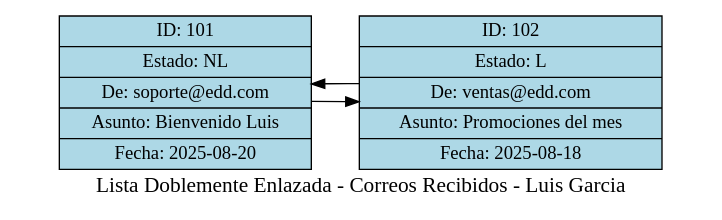
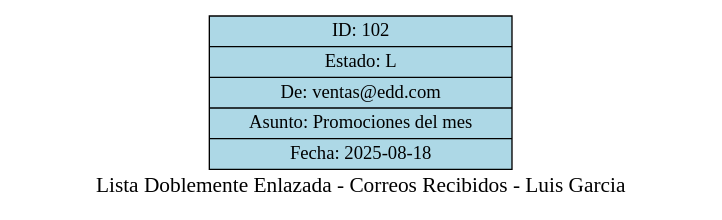
One commit to JoseArt777/-EDD-1S2025_202100305 changed the diagram in Fase1/src/lgarcia-Reportes/correos_recibidos_lgarcia.dot. Above: the diagram before and after it, drawn with Graphviz. The commit also changed 17 other files, not shown here.

```diff
--- a/Fase1/src/lgarcia-Reportes/correos_recibidos_lgarcia.dot
+++ b/Fase1/src/lgarcia-Reportes/correos_recibidos_lgarcia.dot
@@ -1,10 +1,7 @@
 digraph G {
     label="Lista Doblemente Enlazada - Correos Recibidos - Luis Garcia";
     fontsize=16;
     rankdir=LR;
     node [shape=record, style=filled];
-    correo_101 [label="ID: 101|Estado: NL|De: soporte@edd.com|Asunto: Bienvenido Luis|Fecha: 2025-08-20", fillcolor=lightblue];
-    correo_101 -> correo_102;
-    correo_102 -> correo_101;
     correo_102 [label="ID: 102|Estado: L|De: ventas@edd.com|Asunto: Promociones del mes|Fecha: 2025-08-18", fillcolor=lightblue];
 }
```
